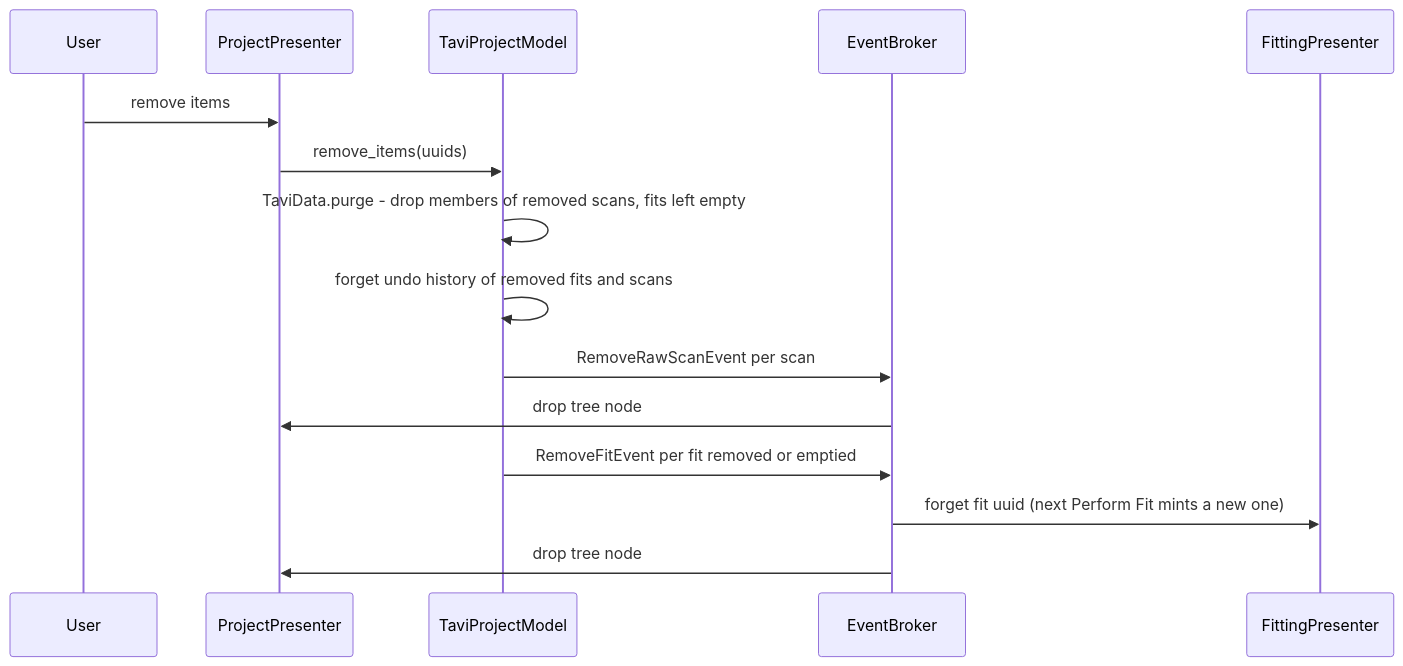
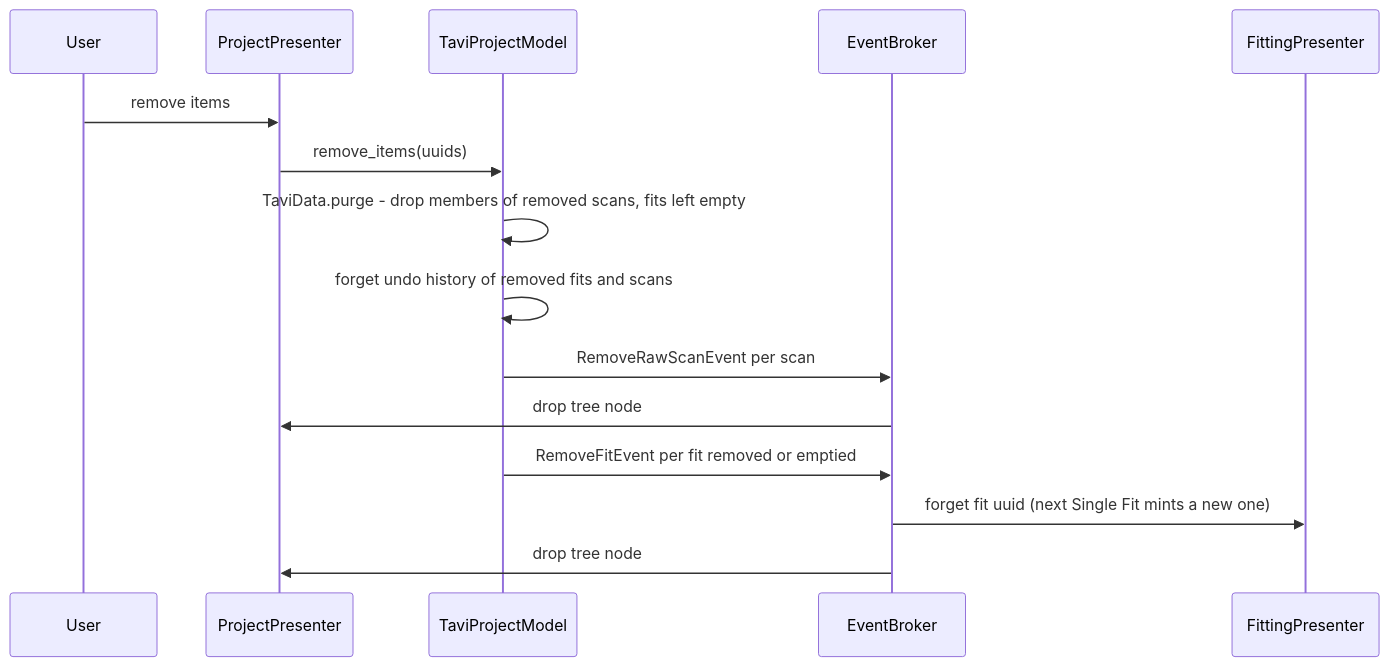
One commit to neutrons/TAVI changed the eighth of 8 diagrams in docs/source/design/frontend/fit_data_model.rst. Above: the diagram before and after it, drawn with Mermaid. The commit also changed other lines of this file and 9 other files, not shown here.

Commit message:
add a group fit button to distinguish with single fit

```diff
--- a/docs/source/design/frontend/fit_data_model.rst
+++ b/docs/source/design/frontend/fit_data_model.rst
@@ -576,21 +585,21 @@
 .. mermaid::
 
     sequenceDiagram
         participant User
         participant ProjectPresenter
         participant TaviProjectModel
         participant EventBroker
         participant FittingPresenter
         %% Deprecated: participant FitWindowPresenter
 
         User ->> ProjectPresenter: remove items
         ProjectPresenter ->> TaviProjectModel: remove_items(uuids)
         TaviProjectModel ->> TaviProjectModel: TaviData.purge - drop members of removed scans, fits left empty
         TaviProjectModel ->> TaviProjectModel: forget undo history of removed fits and scans
         TaviProjectModel ->> EventBroker: RemoveRawScanEvent per scan
         %% Deprecated: EventBroker ->> FitWindowPresenter: close every window on that scan
         EventBroker ->> ProjectPresenter: drop tree node
         TaviProjectModel ->> EventBroker: RemoveFitEvent per fit removed or emptied
-        EventBroker ->> FittingPresenter: forget fit uuid (next Perform Fit mints a new one)
+        EventBroker ->> FittingPresenter: forget fit uuid (next Single Fit mints a new one)
         %% Deprecated: EventBroker ->> FitWindowPresenter: close the fit's windows
         EventBroker ->> ProjectPresenter: drop tree node
```
